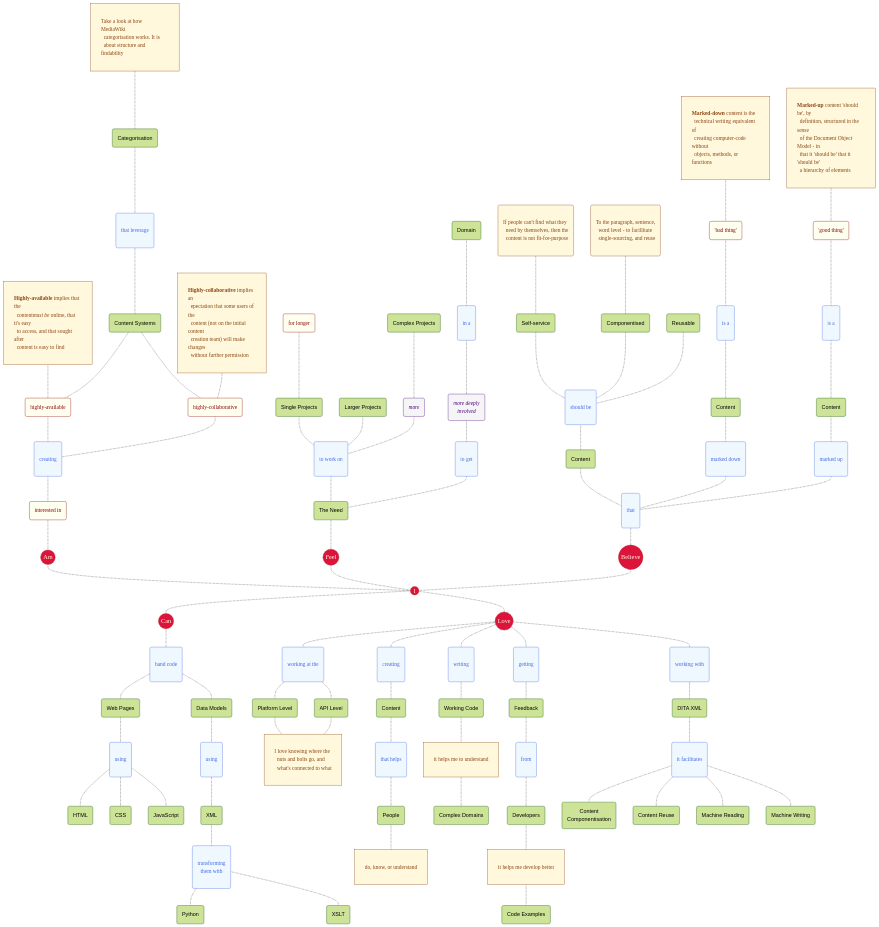
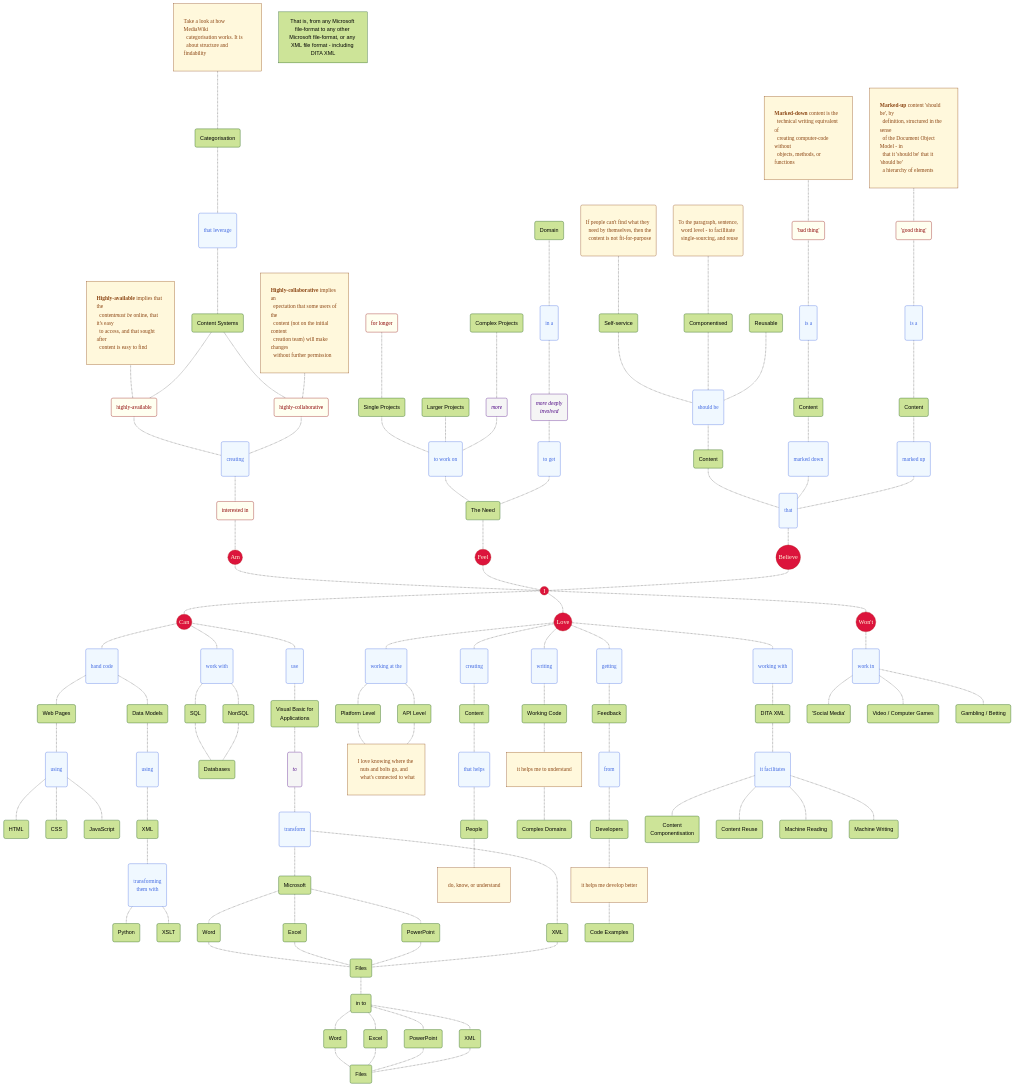
Before and after one commit to joe-dorward/samples: the diagram in my_mermaid_mindmap_v4.md, drawn with Mermaid.

````diff
--- a/my_mermaid_mindmap_v4.md
+++ b/my_mermaid_mindmap_v4.md
@@ -125,7 +125,6 @@
   CAN(("Can")):::Start
 
   HAND_CODE("hand code")
-
   WEB_PAGES("Web Pages")
   USING_1("using")
   HTML("HTML")
@@ -139,10 +138,13 @@
   PYTHON("Python")
   XSLT("XSLT")
 
+
+
   class HAND_CODE,USING_1,USING_2,TRANSFORMING_THEM_WITH Verb;
 
   I-.-
   CAN-.-
+  %% ---------- ---------- ---------- ---------- ---------- ---------- ---------- ---------- ---------- ----------
   HAND_CODE-.-
   WEB_PAGES-.-
   USING_1
@@ -150,7 +152,7 @@
   USING_1-.-HTML
   USING_1-.-CSS
   USING_1-.-JAVASCRIPT
-
+  %% ---------- ---------- ---------- ---------- ---------- ---------- ---------- ---------- ---------- ----------
   HAND_CODE-.-
   DATA_MODELS-.-
   USING_2-.-
@@ -159,6 +161,58 @@
 
   TRANSFORMING_THEM_WITH-.-PYTHON
   TRANSFORMING_THEM_WITH-.-XSLT
+  %% ---------- ---------- ---------- ---------- ---------- ---------- ---------- ---------- ---------- ----------
+  WORK_WITH_1("work with")
+  SQL("SQL")
+  NONSQL("NonSQL")
+  DATABASES("Databases")
+
+  class WORK_WITH_1 Verb;
+
+  CAN-.-WORK_WITH_1
+  WORK_WITH_1-.-SQL-.-DATABASES
+  WORK_WITH_1-.-NONSQL-.-DATABASES
+  %% ---------- ---------- ---------- ---------- ---------- ---------- ---------- ---------- ---------- ----------
+  FILES_NOTE["That is, from any Microsoft file-format to any other Microsoft file-format, or any XML file format - including DITA XML"]
+
+  USE_1("use")
+  VBA("Visual Basic for<br/>Applications")
+  TO_1("to")
+  TRANSFORM_1("transform")
+  MICROSOFT_1("Microsoft")
+
+  DOCX_1("Word")
+  EXCEL_1("Excel")
+  POWERPOINT_1("PowerPoint")
+  XML_1("XML")
+  FILES_1("Files")
+  IN_TO_1("in to")
+
+  DOCX_2("Word")
+  EXCEL_2("Excel")
+  POWERPOINT_2("PowerPoint")
+  XML_2("XML")
+  FILES_2("Files")
+
+  class USE_1,TO_1,TRANSFORM_1 Verb;
+  class TO_1 Adverb;
+
+  CAN-.-USE_1-.-VBA-.-TO_1-.-TRANSFORM_1
+
+  TRANSFORM_1-.-MICROSOFT_1
+  TRANSFORM_1-.-XML_1
+
+  MICROSOFT_1-.-DOCX_1-.-FILES_1
+  MICROSOFT_1-.-EXCEL_1-.-FILES_1
+  MICROSOFT_1-.-POWERPOINT_1-.-FILES_1
+
+  XML_1-.-FILES_1
+  FILES_1-.-IN_TO_1
+
+  IN_TO_1-.-DOCX_2-.-FILES_2
+  IN_TO_1-.-EXCEL_2-.-FILES_2
+  IN_TO_1-.-POWERPOINT_2-.-FILES_2
+  IN_TO_1-.-XML_2-.-FILES_2
 
   %% ========== ========== ========== ========== ========== ========== ========== ========== ========== ==========
   LOVE(("Love")):::Start
@@ -232,4 +286,20 @@
   IT_FACILITATES-.-MACHINE_WRITING
   %% ---------- ---------- ---------- ---------- ---------- ---------- ---------- ---------- ---------- ----------
 
+  %% ========== ========== ========== ========== ========== ========== ========== ========== ========== ==========
+  WONT(("Won't")):::Start
+  I-.-WONT
+
+  WORK_IN("work in")
+  SOCIAL_MEDIA("'Social Media'")
+  VIDEO_COMPUTER_GAMES("Video / Computer Games")
+  GAMBLING_BETTING("Gambling / Betting")
+
+  class WORK_IN Verb;
+
+  WONT-.-WORK_IN
+
+  WORK_IN-.-SOCIAL_MEDIA
+  WORK_IN-.-VIDEO_COMPUTER_GAMES
+  WORK_IN-.-GAMBLING_BETTING
 ```
````
